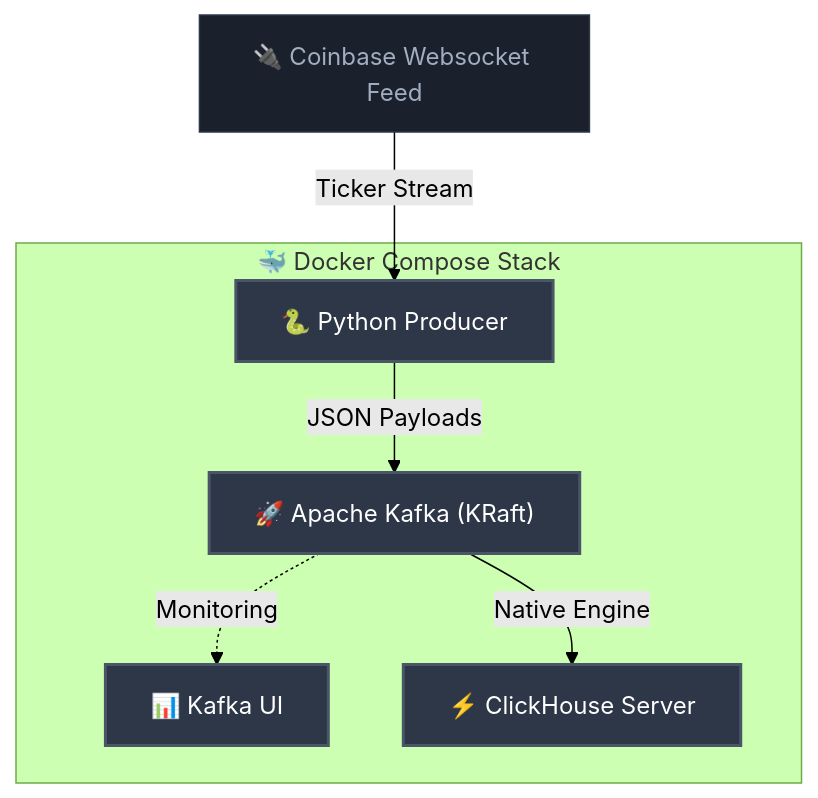
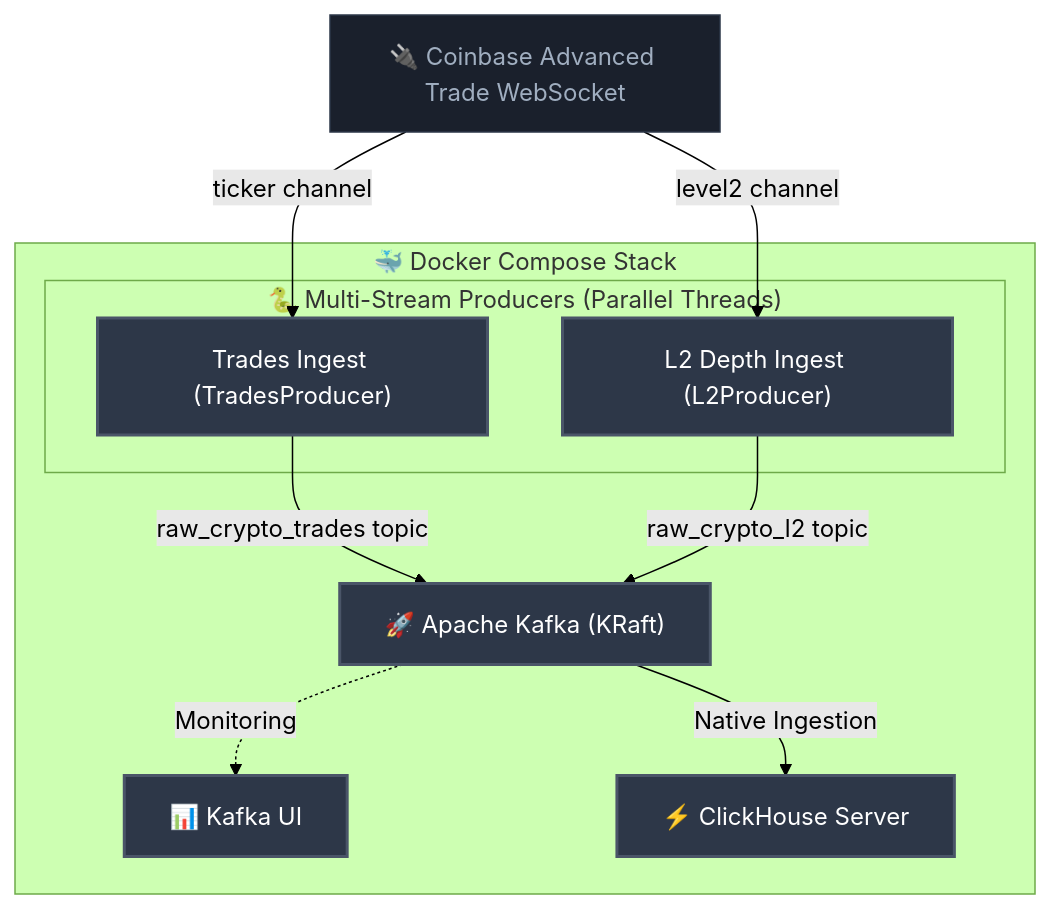
Before and after one commit to sysung/crypto-dash: the diagram in README.md, drawn with Mermaid (forest theme). The commit also changed other lines of this file and 9 other files, not shown here.

Commit message:
feat: implement Coinbase L2 orderbook ingestion, concurrent base producer, and separate clickhouse DDL schemas

````diff
--- a/README.md
+++ b/README.md
@@ -9,19 +9,24 @@
 ```mermaid
 graph TD
     classDef tech fill:#2d3748,stroke:#4a5568,stroke-width:2px,color:#fff;
     classDef external fill:#1a202c,stroke:#2d3748,color:#a0aec0;
 
-    Coinbase["🔌 Coinbase Websocket Feed"]:::external
+    Coinbase["🔌 Coinbase Advanced Trade WebSocket"]:::external
     
     subgraph Docker ["🐳 Docker Compose Stack"]
-        Producer["🐍 Python Producer"]:::tech
+        subgraph MultiProducer ["🐍 Multi-Stream Producers (Parallel Threads)"]
+            Trades["Trades Ingest (TradesProducer)"]:::tech
+            L2["L2 Depth Ingest (L2Producer)"]:::tech
+        end
         Kafka["🚀 Apache Kafka (KRaft)"]:::tech
         KafkaUI["📊 Kafka UI"]:::tech
         ClickHouse["⚡ ClickHouse Server"]:::tech
     end
 
-    Coinbase -->|Ticker Stream| Producer
-    Producer -->|JSON Payloads| Kafka
+    Coinbase -->|ticker channel| Trades
+    Coinbase -->|level2 channel| L2
+    Trades -->|raw_crypto_trades topic| Kafka
+    L2 -->|raw_crypto_l2 topic| Kafka
     Kafka -.->|Monitoring| KafkaUI
-    Kafka -->|Native Engine| ClickHouse
+    Kafka -->|Native Ingestion| ClickHouse
 ```
````
